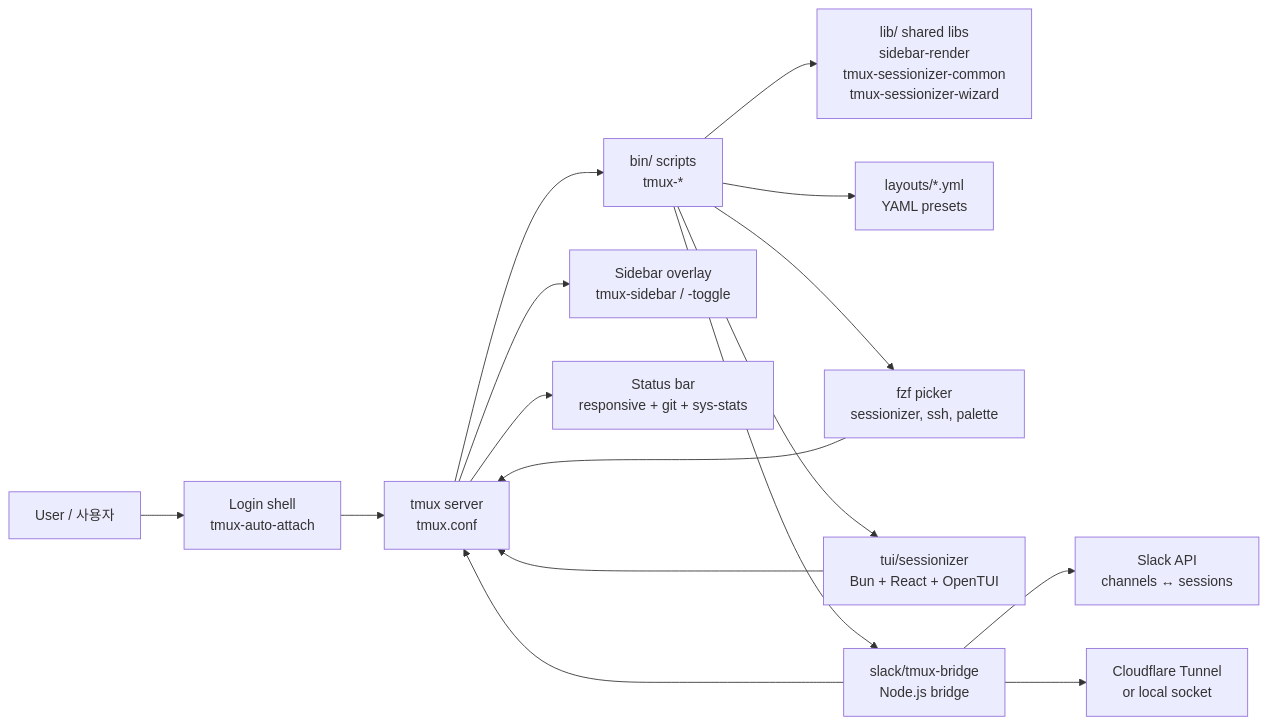
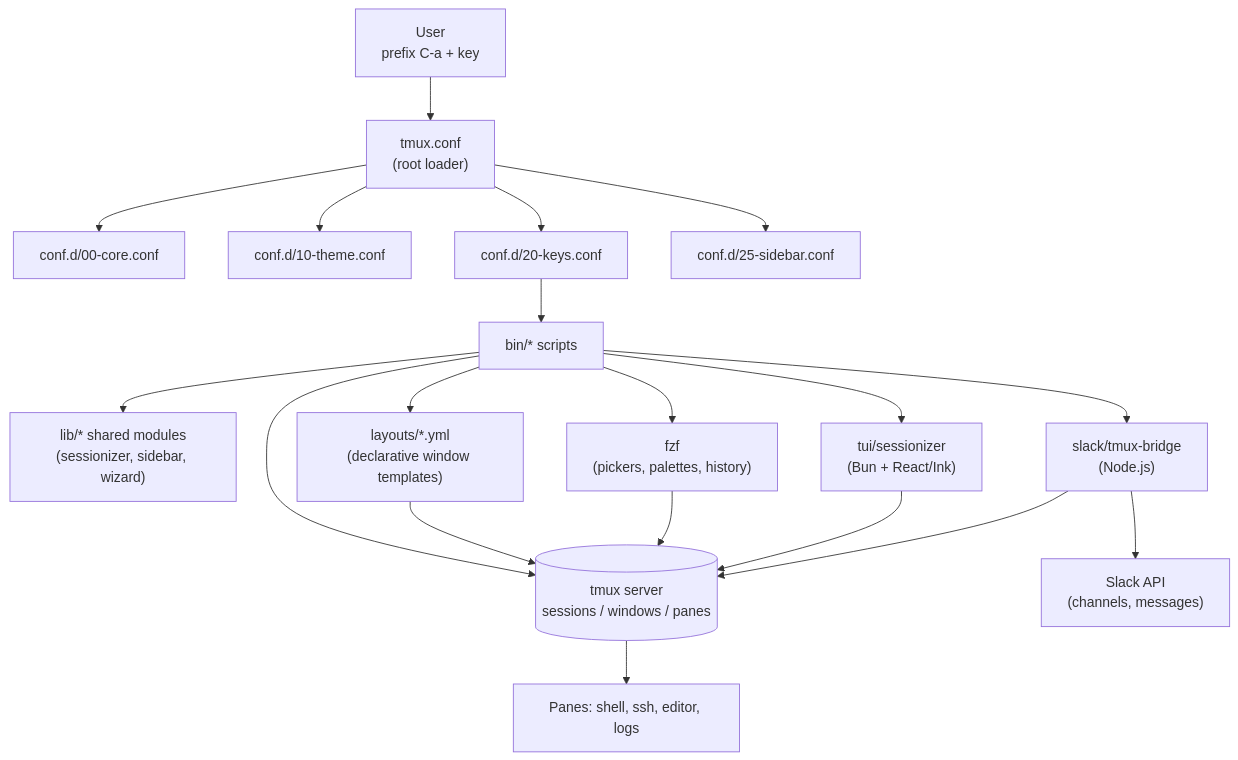
Before and after one commit to jclee941/tmux: the diagram in README.md, drawn with Mermaid. The commit also changed other lines of this file, not shown here.

Commit message:
docs: auto-update README.md

````diff
--- a/README.md
+++ b/README.md
@@ -86,23 +82,21 @@
 ```mermaid
-flowchart LR
-  User["User / 사용자"] --> Login["Login shell<br/>tmux-auto-attach"]
-  Login --> Tmux["tmux server<br/>tmux.conf"]
-
-  Tmux --> Bin["bin/ scripts<br/>tmux-*"]
-  Bin --> Lib["lib/ shared libs<br/>sidebar-render<br/>tmux-sessionizer-common<br/>tmux-sessionizer-wizard"]
-  Bin --> Layouts["layouts/*.yml<br/>YAML presets"]
-  Bin --> Fzf["fzf picker<br/>sessionizer, ssh, palette"]
-
-  Bin --> Tui["tui/sessionizer<br/>Bun + React + OpenTUI"]
-  Bin --> Slack["slack/tmux-bridge<br/>Node.js bridge"]
-
-  Slack --> SlackApi["Slack API<br/>channels ↔ sessions"]
-  Slack --> Tunnel["Cloudflare Tunnel<br/>or local socket"]
-
-  Tui --> Tmux
-  Slack --> Tmux
-  Fzf --> Tmux
-
-  Tmux --> Sidebar["Sidebar overlay<br/>tmux-sidebar / -toggle"]
-  Tmux --> Status["Status bar<br/>responsive + git + sys-stats"]
+flowchart TB
+    User["User<br/>prefix C-a + key"] --> TmuxConf["tmux.conf<br/>(root loader)"]
+    TmuxConf --> CoreConf["conf.d/00-core.conf"]
+    TmuxConf --> ThemeConf["conf.d/10-theme.conf"]
+    TmuxConf --> KeysConf["conf.d/20-keys.conf"]
+    TmuxConf --> SidebarConf["conf.d/25-sidebar.conf"]
+    KeysConf --> Bin["bin/* scripts"]
+    Bin --> Lib["lib/* shared modules<br/>(sessionizer, sidebar, wizard)"]
+    Bin --> TmuxSrv[("tmux server<br/>sessions / windows / panes")]
+    Bin --> Layouts["layouts/*.yml<br/>(declarative window templates)"]
+    Bin --> Fzf["fzf<br/>(pickers, palettes, history)"]
+    Bin --> Tui["tui/sessionizer<br/>(Bun + React/Ink)"]
+    Tui --> TmuxSrv
+    Bin --> Slack["slack/tmux-bridge<br/>(Node.js)"]
+    Slack --> TmuxSrv
+    Slack --> SlackAPI["Slack API<br/>(channels, messages)"]
+    Fzf --> TmuxSrv
+    Layouts --> TmuxSrv
+    TmuxSrv --> Pane["Panes: shell, ssh, editor, logs"]
 ```
````
